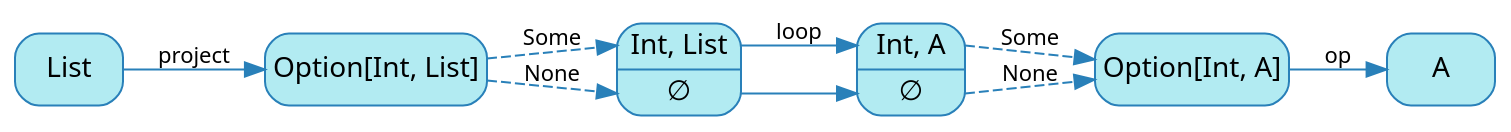
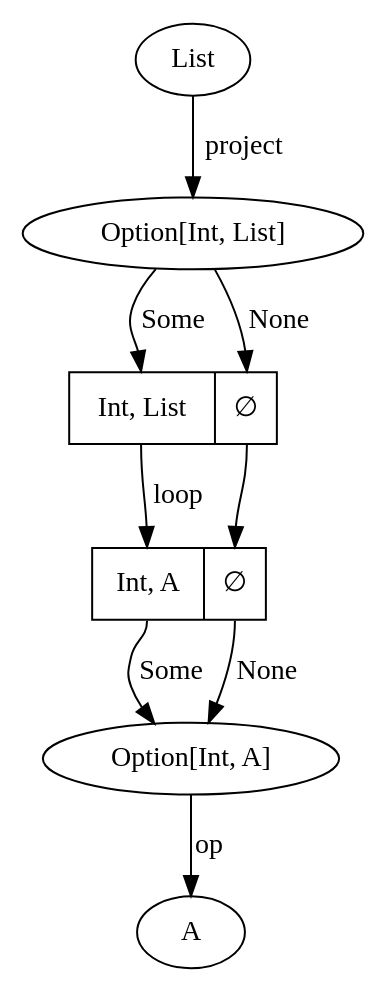
One commit to nrinaudo/recursion-schemes-from-the-ground-up changed the diagram in src/graphviz/cata-4.dot. Above: the diagram before and after it, drawn with Graphviz. The commit also changed 205 other files, not shown here.

Commit message:
Use graphviz stylesheets

```diff
--- a/src/graphviz/cata-4.dot
+++ b/src/graphviz/cata-4.dot
@@ -1,23 +1,17 @@
 digraph {
-    bgcolor=transparent
-    splines=false
-    rankdir=LR
-
-    // Default theme: enabled
-    node[shape="rectangle" style="rounded,filled" color="#2980B9" fillcolor="#b2ebf2" fontcolor="#000000" fontname="Segoe UI,Roboto,Helvetica,Arial,sans-serif"]
-    edge [color="#2980B9" fontcolor="#000000" fontname="Segoe UI,Roboto,Helvetica,Arial,sans-serif" fontsize=11]
-
     ListStruct[shape=record label="<cons> Int, List| <nil> ∅"]
     ListStruct2[shape=record label="<cons> Int, A| <nil> ∅"]
     ListFList[label="Option[Int, List]"]
     ListFA[label="Option[Int, A]"]
+    List
+    A
 
     List             -> ListFList[label=project]
-    ListFList        -> ListStruct:cons [style=dashed label=Some]
-    ListFList        -> ListStruct:nil [style=dashed label=None]
+    ListFList        -> ListStruct:cons [label=Some class="pattern"]
+    ListFList        -> ListStruct:nil [label=None class="pattern"]
     ListStruct:cons  -> ListStruct2:cons [label=loop]
     ListStruct:nil   -> ListStruct2:nil
-    ListStruct2:cons -> ListFA[style=dashed label=Some]
-    ListStruct2:nil  -> ListFA[style=dashed label=None]
+    ListStruct2:cons -> ListFA[label=Some class="pattern"]
+    ListStruct2:nil  -> ListFA[label=None class="pattern"]
     ListFA           -> A[label=op]
 }
```
